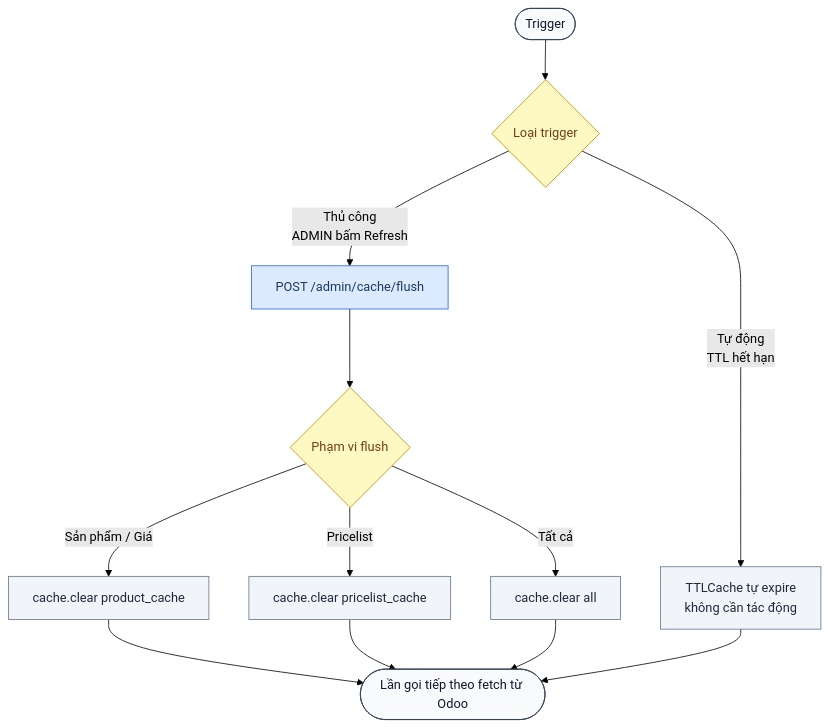
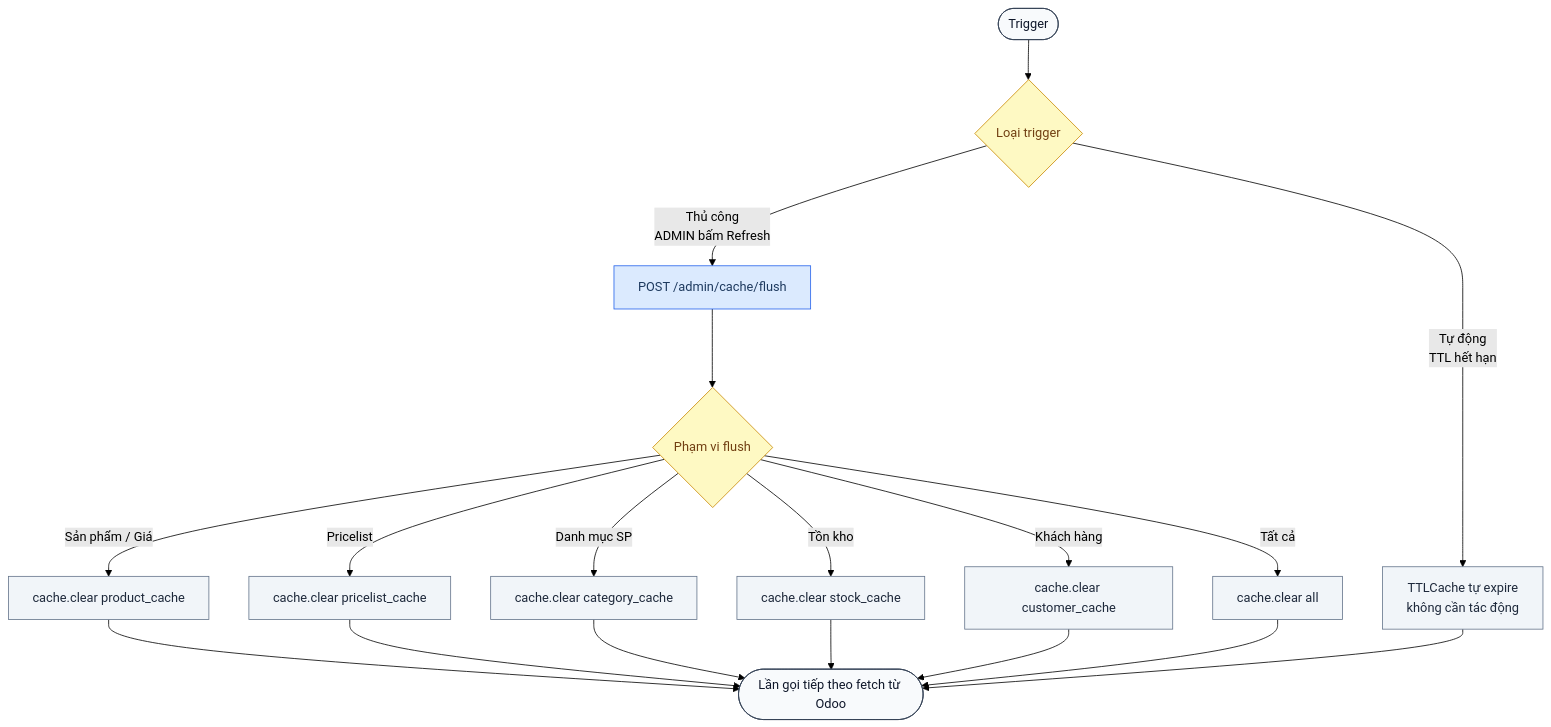
Before and after one commit to ngohuuduc/VJ_mobile_POS: the tenth of 12 diagrams in docs/process_flow.md, drawn with Mermaid (forest theme). The commit also changed other lines of this file and 5 other files, not shown here.

````diff
--- a/docs/process_flow.md
+++ b/docs/process_flow.md
@@ -157,19 +392,25 @@
 ```mermaid
 flowchart TD
     classDef user fill:#DBEAFE,stroke:#2563EB,color:#1e3a5f
     classDef system fill:#F1F5F9,stroke:#64748B,color:#1e293b
     classDef decision fill:#FEF9C3,stroke:#CA8A04,color:#713f12
     classDef terminal fill:#F8FAFC,stroke:#334155,color:#0f172a
 
     A([Trigger]):::terminal --> B{Loại trigger}:::decision
     B -- Thủ công\nADMIN bấm Refresh --> C[POST /admin/cache/flush]:::user
     B -- Tự động\nTTL hết hạn --> D[TTLCache tự expire\nkhông cần tác động]:::system
     C --> E{Phạm vi flush}:::decision
     E -- Sản phẩm / Giá --> F[cache.clear product_cache]:::system
     E -- Pricelist --> G[cache.clear pricelist_cache]:::system
+    E -- Danh mục SP --> GA[cache.clear category_cache]:::system
+    E -- Tồn kho --> GB[cache.clear stock_cache]:::system
+    E -- Khách hàng --> GC[cache.clear customer_cache]:::system
     E -- Tất cả --> H[cache.clear all]:::system
     F --> I([Lần gọi tiếp theo fetch từ Odoo]):::terminal
     G --> I
+    GA --> I
+    GB --> I
+    GC --> I
     H --> I
     D --> I
 ```
````
